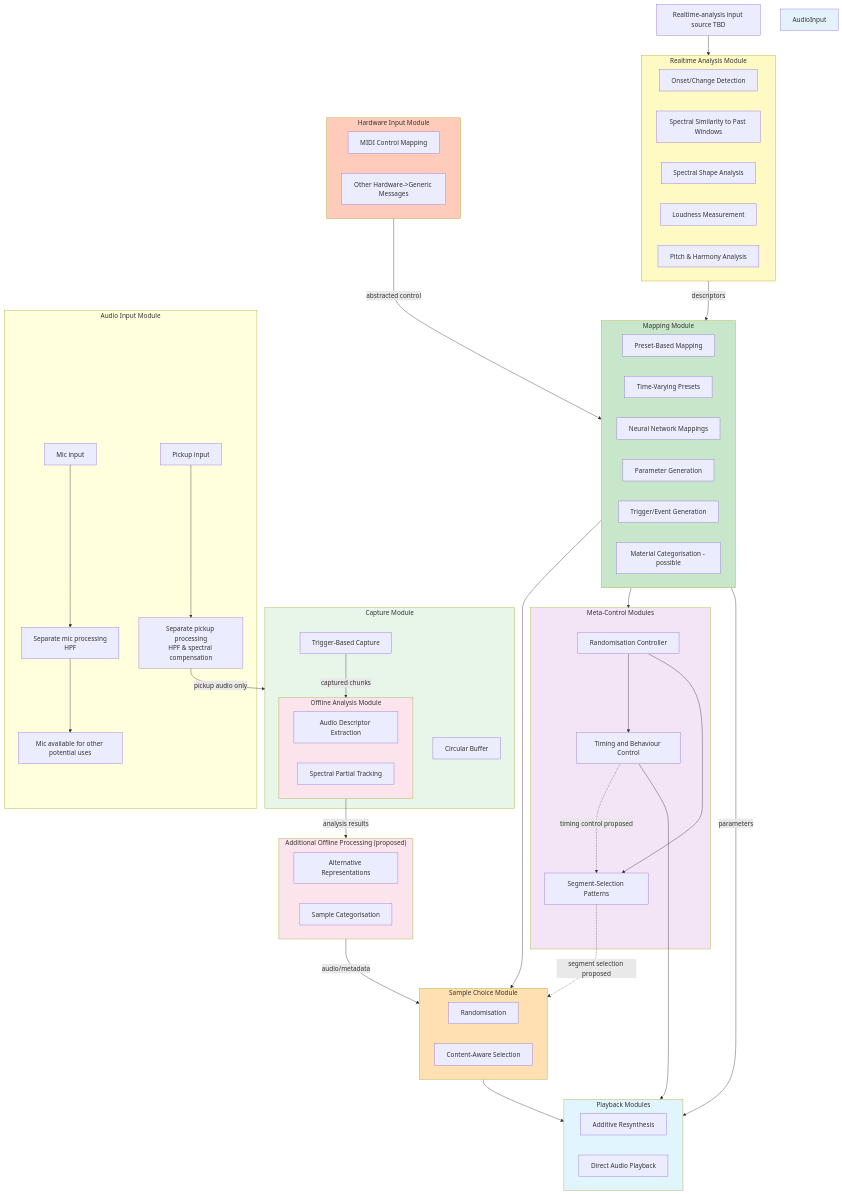
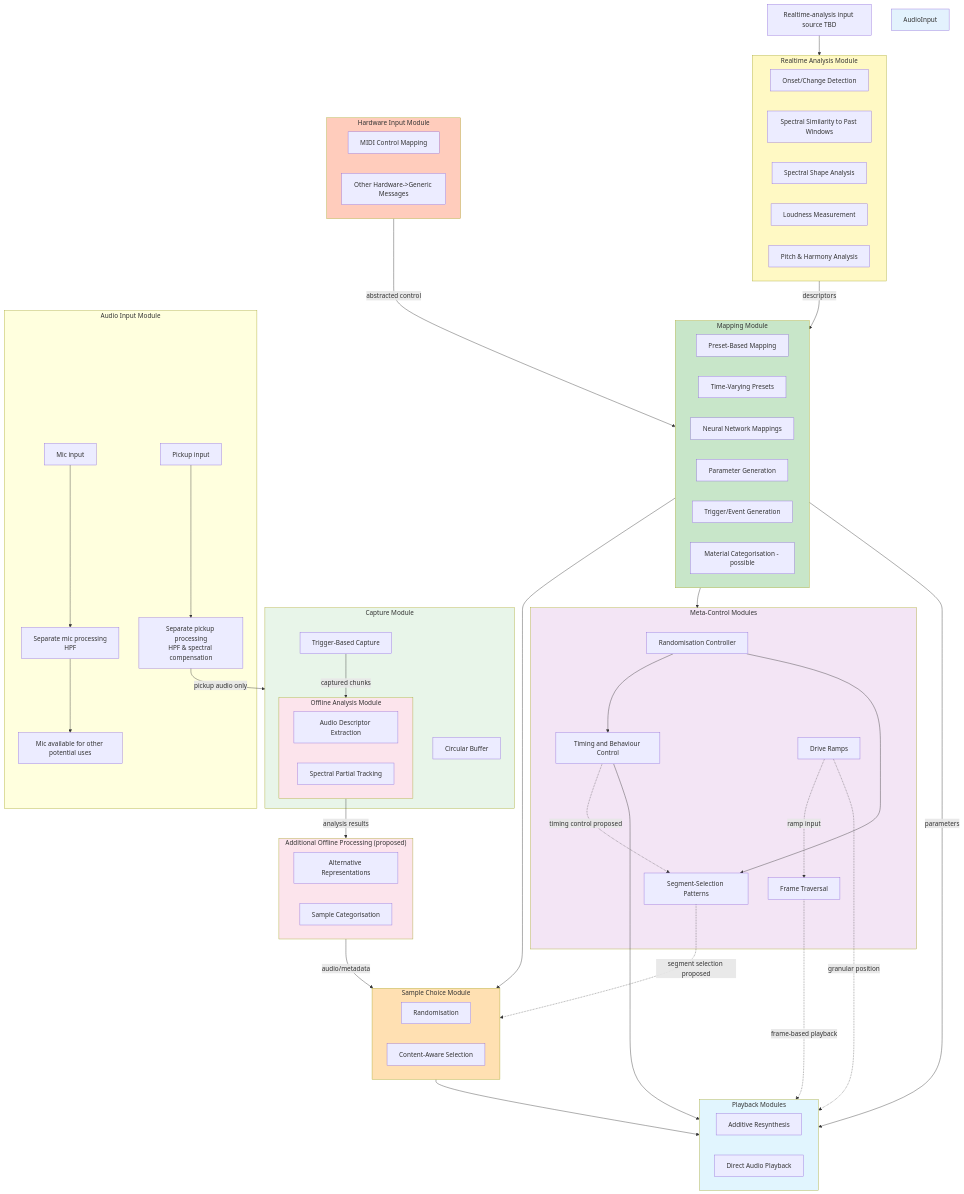
One commit to AlexHarker/wintersleep changed the first of 5 diagrams in System Architecture.md. Above: the diagram before and after it, drawn with Mermaid. The commit also changed other lines of this file and 1 other file, not shown here.

Commit message:
Update notes

```diff
--- a/System Architecture.md
+++ b/System Architecture.md
@@ -54,6 +54,8 @@
         Randomisation[Randomisation Controller]
         Timing[Timing and Behaviour Control]
         BehaviourPatterns[Segment-Selection Patterns]
+        DriveRamps[Drive Ramps]
+        FrameTraversal[Frame Traversal]
     end
     
     subgraph Input_Hardware["Hardware Input Module"]
@@ -88,6 +90,9 @@
     Randomisation --> BehaviourPatterns
     Timing -.->|timing control proposed| BehaviourPatterns
     BehaviourPatterns -.->|segment selection proposed| Sample_Choice
+    DriveRamps -.->|ramp input| FrameTraversal
+    DriveRamps -.->|granular position| Playback
+    FrameTraversal -.->|frame-based playback| Playback
     
     style AudioInput fill:#e3f2fd
     style Realtime_Analysis fill:#fff9c4
```
